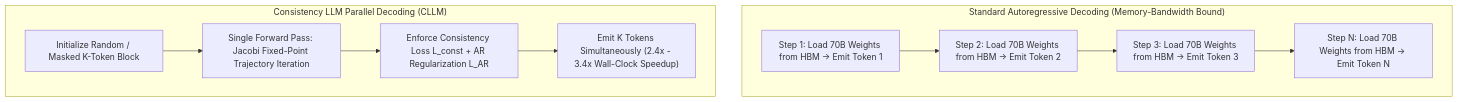
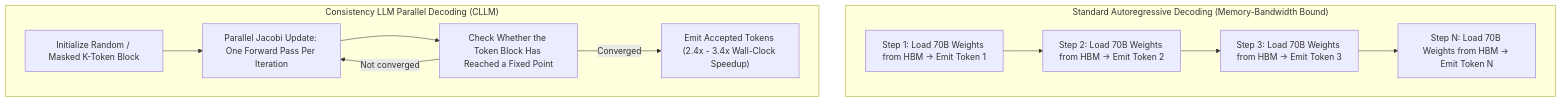
The first of 3 diagrams in _posts/2024/05/2024-05-12-consistency-llm.md (akillness/akillness.github.io), drawn with Mermaid before and after one commit. The commit also changed other lines of this file, not shown here.

Commit message:
fix(editorial): correct consistency-llm claims

````diff
--- a/_posts/2024/05/2024-05-12-consistency-llm.md
+++ b/_posts/2024/05/2024-05-12-consistency-llm.md
@@ -20,14 +22,15 @@
 ```mermaid
 graph TD
     subgraph StandardAutoregressive["Standard Autoregressive Decoding (Memory-Bandwidth Bound)"]
         AR1["Step 1: Load 70B Weights from HBM -> Emit Token 1"] --> AR2["Step 2: Load 70B Weights from HBM -> Emit Token 2"]
         AR2 --> AR3["Step 3: Load 70B Weights from HBM -> Emit Token 3"]
         AR3 --> AR4["Step N: Load 70B Weights from HBM -> Emit Token N"]
     end
 
     subgraph ConsistencyParallelDecoding["Consistency LLM Parallel Decoding (CLLM)"]
-        Init["Initialize Random / Masked K-Token Block"] --> Jacobi["Single Forward Pass: Jacobi Fixed-Point Trajectory Iteration"]
-        Jacobi --> Const["Enforce Consistency Loss L_const + AR Regularization L_AR"]
-        Const --> Emit["Emit K Tokens Simultaneously (2.4x - 3.4x Wall-Clock Speedup)"]
+        Init["Initialize Random / Masked K-Token Block"] --> Jacobi["Parallel Jacobi Update: One Forward Pass Per Iteration"]
+        Jacobi --> Check["Check Whether the Token Block Has Reached a Fixed Point"]
+        Check -->|Not converged| Jacobi
+        Check -->|Converged| Emit["Emit Accepted Tokens (2.4x - 3.4x Wall-Clock Speedup)"]
     end
 ```
````
